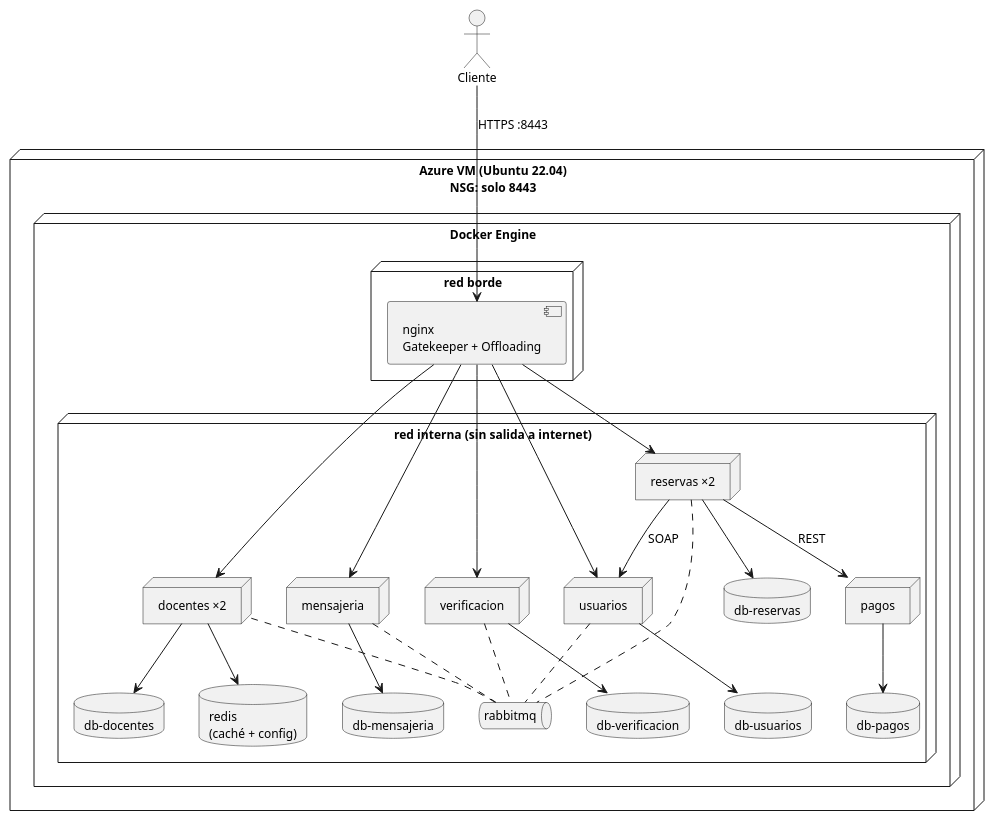
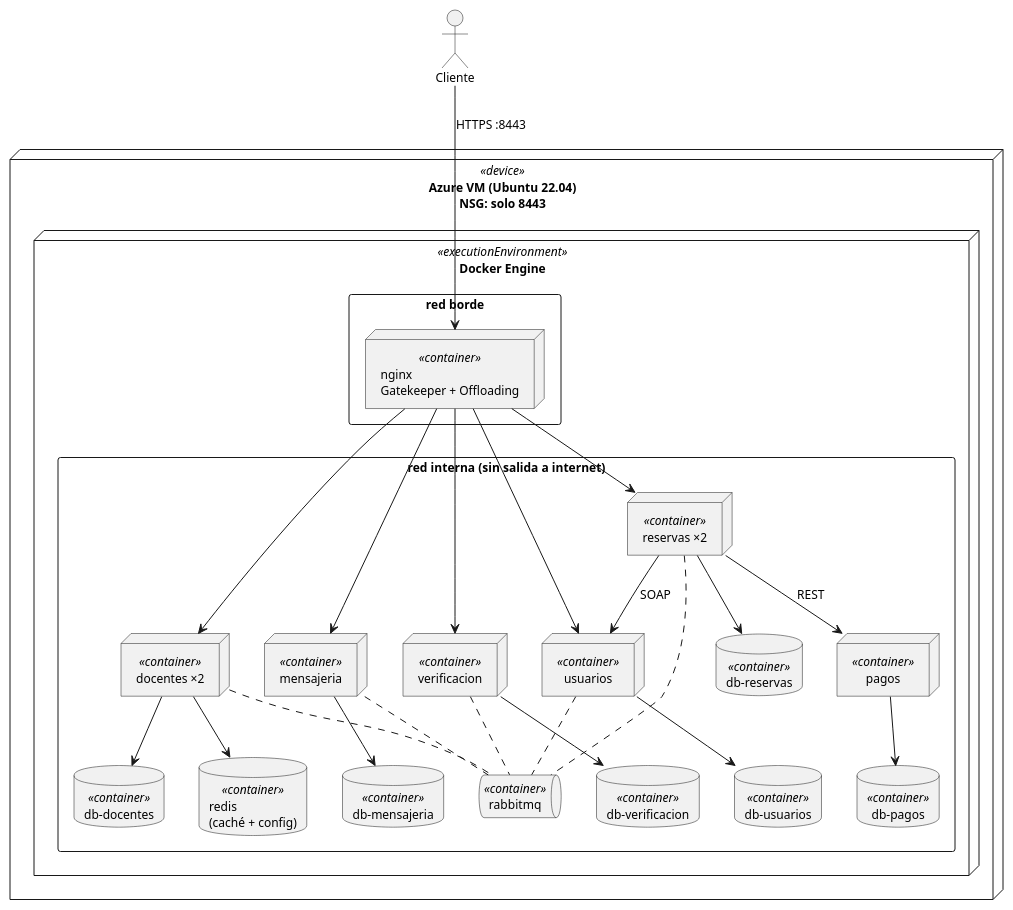
One commit to SebastianCuneo/tutorYA changed the diagram in docs/ut5/despliegue.puml. Above: the diagram before and after it, drawn with PlantUML. The commit also changed 1 other file, not shown here.

Commit message:
UT5: diagrama de despliegue con estereotipos device, executionEnvironment y container
Claude-Session: https://claude.ai/code/session_01Mu2WUyvK3Cd1Sy9WUUAcde

```diff
--- a/docs/ut5/despliegue.puml
+++ b/docs/ut5/despliegue.puml
@@ -1,53 +1,53 @@
 @startuml despliegue
 skinparam monochrome true
 skinparam shadowing false
 skinparam defaultFontName Arial
 skinparam defaultFontSize 12
 skinparam backgroundColor white
 
 actor Cliente
-node "Azure VM (Ubuntu 22.04)\nNSG: solo 8443" as VM {
-  node "Docker Engine" as DE {
-    node "red borde" {
-      component "nginx\nGatekeeper + Offloading" as NG
+node "Azure VM (Ubuntu 22.04)\nNSG: solo 8443" <<device>> as VM {
+  node "Docker Engine" <<executionEnvironment>> as DE {
+    rectangle "red borde" {
+      node "nginx\nGatekeeper + Offloading" <<container>> as NG
     }
-    node "red interna (sin salida a internet)" {
-      node "usuarios" as cu
-      node "docentes ×2" as cd
-      node "mensajeria" as cm
-      node "verificacion" as cv
-      node "reservas ×2" as cr
-      node "pagos" as cp
-      database "db-usuarios" as du
-      database "db-docentes" as dd
-      database "db-mensajeria" as dm
-      database "db-verificacion" as dv
-      database "db-reservas" as dr
-      database "db-pagos" as dp
-      queue "rabbitmq" as mq
-      database "redis\n(caché + config)" as rd
+    rectangle "red interna (sin salida a internet)" {
+      node "usuarios" <<container>> as cu
+      node "docentes ×2" <<container>> as cd
+      node "mensajeria" <<container>> as cm
+      node "verificacion" <<container>> as cv
+      node "reservas ×2" <<container>> as cr
+      node "pagos" <<container>> as cp
+      database "db-usuarios" <<container>> as du
+      database "db-docentes" <<container>> as dd
+      database "db-mensajeria" <<container>> as dm
+      database "db-verificacion" <<container>> as dv
+      database "db-reservas" <<container>> as dr
+      database "db-pagos" <<container>> as dp
+      queue "rabbitmq" <<container>> as mq
+      database "redis\n(caché + config)" <<container>> as rd
     }
   }
 }
 
 Cliente --> NG : HTTPS :8443
 NG --> cu
 NG --> cd
 NG --> cm
 NG --> cv
 NG --> cr
 cu --> du
 cd --> dd
 cm --> dm
 cv --> dv
 cr --> dr
 cp --> dp
 cr --> cp : REST
 cr --> cu : SOAP
 cd --> rd
 cu .. mq
 cd .. mq
 cm .. mq
 cv .. mq
 cr .. mq
 @enduml
```
